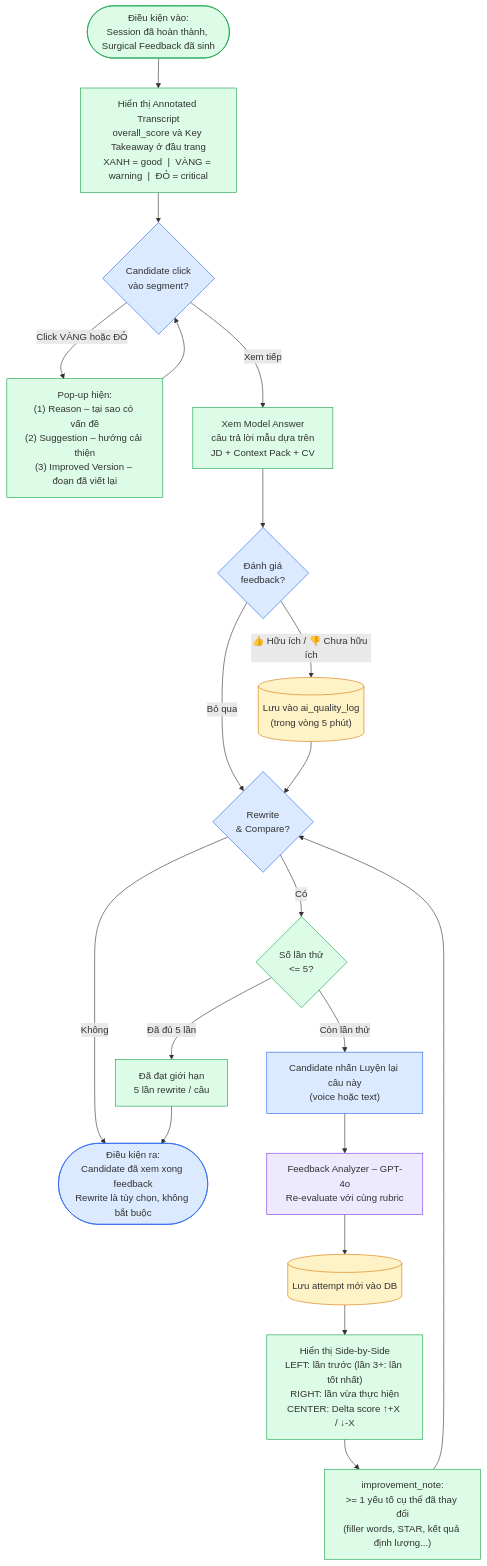
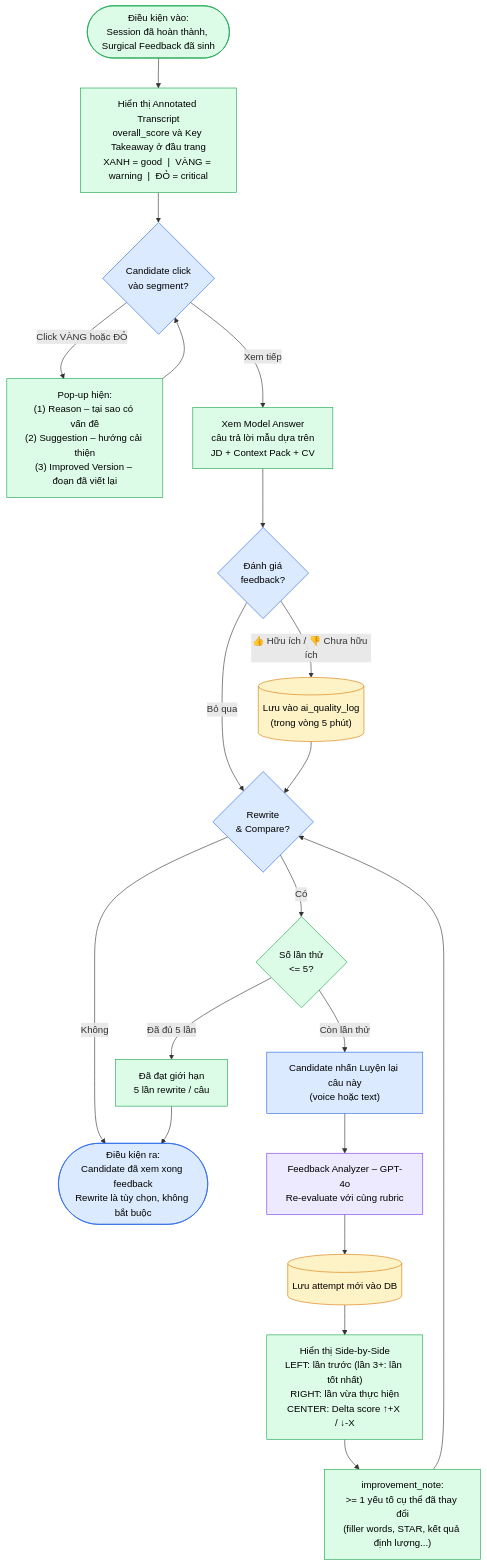
The eighth of 8 diagrams in docs/SRS_InterviewAI_Full.md (lethanhan01/interview-coach), drawn with Mermaid before and after one commit. The commit also changed other lines of this file and 2 other files, not shown here.

````diff
--- a/docs/SRS_InterviewAI_Full.md
+++ b/docs/SRS_InterviewAI_Full.md
@@ -551,38 +551,38 @@
 ```mermaid
 flowchart TD
-    classDef candidate fill:#dbeafe,stroke:#2563eb
-    classDef systemNode fill:#dcfce7,stroke:#16a34a
-    classDef aiNode   fill:#ede9fe,stroke:#7c3aed
-    classDef dbNode   fill:#fef3c7,stroke:#d97706
+    classDef candidate fill:#dbeafe,stroke:#2563eb, color:#000000
+    classDef systemNode fill:#dcfce7,stroke:#16a34a, color:#000000
+    classDef aiNode   fill:#ede9fe,stroke:#7c3aed, color:#000000
+    classDef dbNode   fill:#fef3c7,stroke:#d97706, color:#000000
 
     StartCond([Điều kiện vào:\nSession đã hoàn thành, Surgical Feedback đã sinh]):::systemNode
 
     StartCond --> ShowAnnotated["Hiển thị Annotated Transcript\noverall_score và Key Takeaway ở đầu trang\nXANH = good  |  VÀNG = warning  |  ĐỎ = critical"]:::systemNode
 
     ShowAnnotated --> ClickSeg{Candidate click\nvào segment?}:::candidate
     ClickSeg -->|"Click VÀNG hoặc ĐỎ"| ShowPopup["Pop-up hiện:\n(1) Reason – tại sao có vấn đề\n(2) Suggestion – hướng cải thiện\n(3) Improved Version – đoạn đã viết lại"]:::systemNode
     ShowPopup --> ClickSeg
     ClickSeg -->|Xem tiếp| ViewModelAns["Xem Model Answer\ncâu trả lời mẫu dựa trên\nJD + Context Pack + CV"]:::systemNode
 
     ViewModelAns --> ThumbsRating{Đánh giá\nfeedback?}:::candidate
     ThumbsRating -->|"👍 Hữu ích / 👎 Chưa hữu ích"| SaveRating[("Lưu vào ai_quality_log\n(trong vòng 5 phút)")]:::dbNode
     ThumbsRating -->|Bỏ qua| RWChoice
     SaveRating --> RWChoice
 
     RWChoice{Rewrite\n& Compare?}:::candidate
     RWChoice -->|Không| EndCond
 
     RWChoice -->|Có| CheckAttempt{"Số lần thử\n<= 5?"}:::systemNode
     CheckAttempt -->|"Đã đủ 5 lần"| MaxReached["Đã đạt giới hạn\n5 lần rewrite / câu"]:::systemNode
     MaxReached --> EndCond
     CheckAttempt -->|Còn lần thử| RewriteInput["Candidate nhấn Luyện lại câu này\n(voice hoặc text)"]:::candidate
 
     RewriteInput --> FBReanalyze["Feedback Analyzer – GPT-4o\nRe-evaluate với cùng rubric"]:::aiNode
     FBReanalyze --> SaveNewFeed[("Lưu attempt mới vào DB")]:::dbNode
     SaveNewFeed --> ShowSideBySide["Hiển thị Side-by-Side\nLEFT: lần trước (lần 3+: lần tốt nhất)\nRIGHT: lần vừa thực hiện\nCENTER: Delta score ↑+X / ↓-X"]:::systemNode
 
     ShowSideBySide --> ImpNote["improvement_note:\n>= 1 yếu tố cụ thể đã thay đổi\n(filler words, STAR, kết quả định lượng...)"]:::systemNode
     ImpNote --> RWChoice
 
     EndCond([Điều kiện ra:\nCandidate đã xem xong feedback\nRewrite là tùy chọn, không bắt buộc]):::candidate
 ```
````
